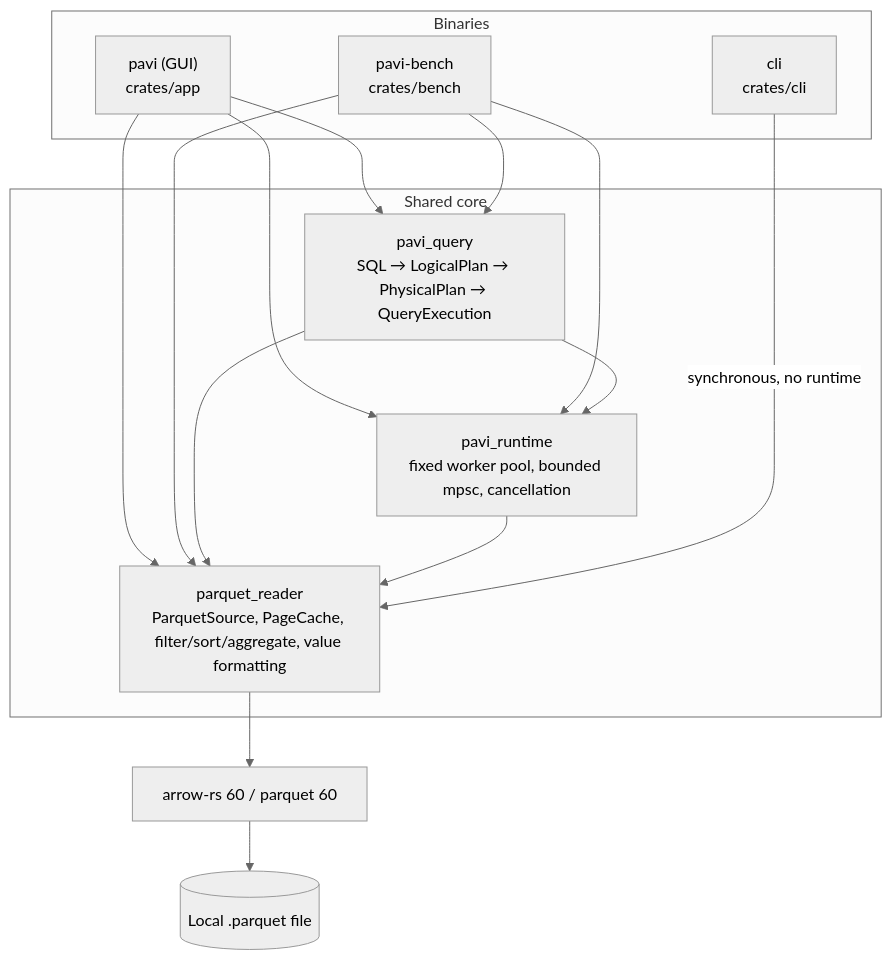
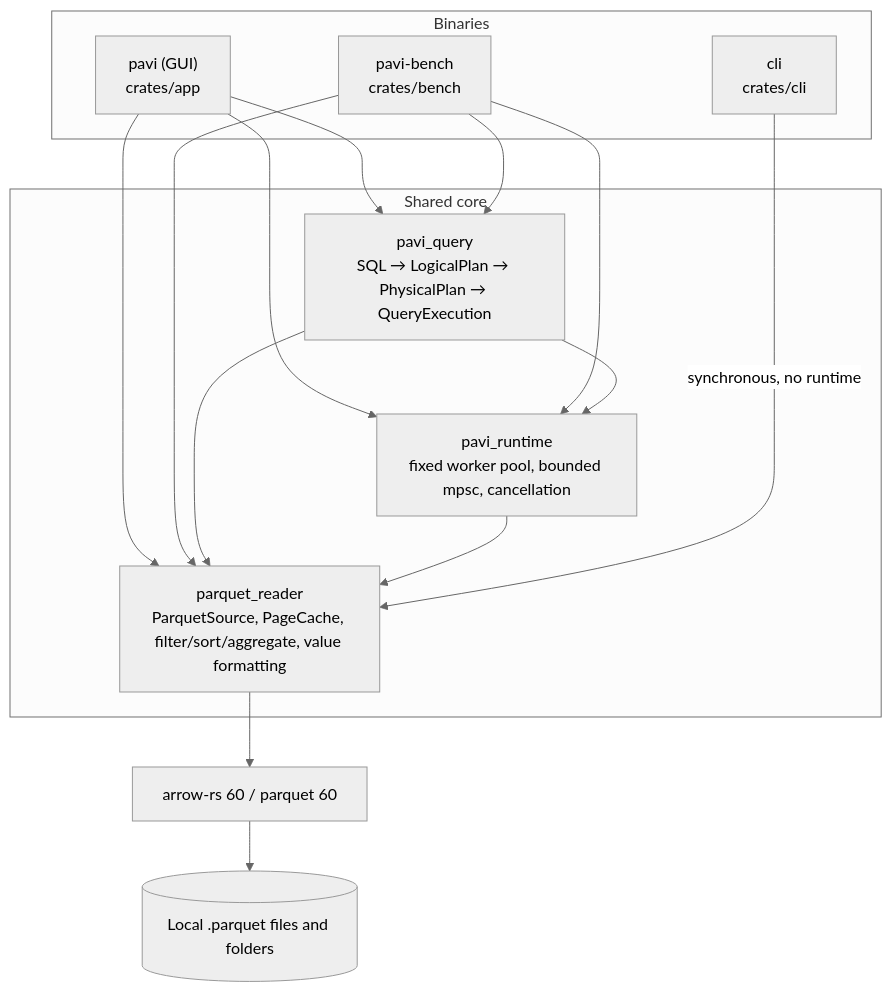
The diagram in docs/ARCHITECTURE.md (elshanhsynv/pavi), drawn with Mermaid (neutral theme) before and after one commit. The commit also changed other lines of this file and 27 other files, not shown here.

````diff
--- a/docs/ARCHITECTURE.md
+++ b/docs/ARCHITECTURE.md
@@ -15,27 +15,27 @@
 ```mermaid
 flowchart TB
     subgraph Binaries
         GUI["pavi (GUI)<br/>crates/app"]
         CLI["cli<br/>crates/cli"]
         BENCH["pavi-bench<br/>crates/bench"]
     end
     subgraph Shared core
         QUERY["pavi_query<br/>SQL → LogicalPlan → PhysicalPlan → QueryExecution"]
         RUNTIME["pavi_runtime<br/>fixed worker pool, bounded mpsc, cancellation"]
         PQ["parquet_reader<br/>ParquetSource, PageCache, filter/sort/aggregate, value formatting"]
     end
     ARROW["arrow-rs 60 / parquet 60"]
-    FS[("Local .parquet file")]
+    FS[("Local .parquet files and folders")]
 
     GUI --> QUERY
     GUI --> RUNTIME
     GUI --> PQ
     BENCH --> QUERY
     BENCH --> RUNTIME
     BENCH --> PQ
     QUERY --> RUNTIME
     QUERY --> PQ
     RUNTIME --> PQ
     CLI -->|"synchronous, no runtime"| PQ
     PQ --> ARROW --> FS
 ```
````
